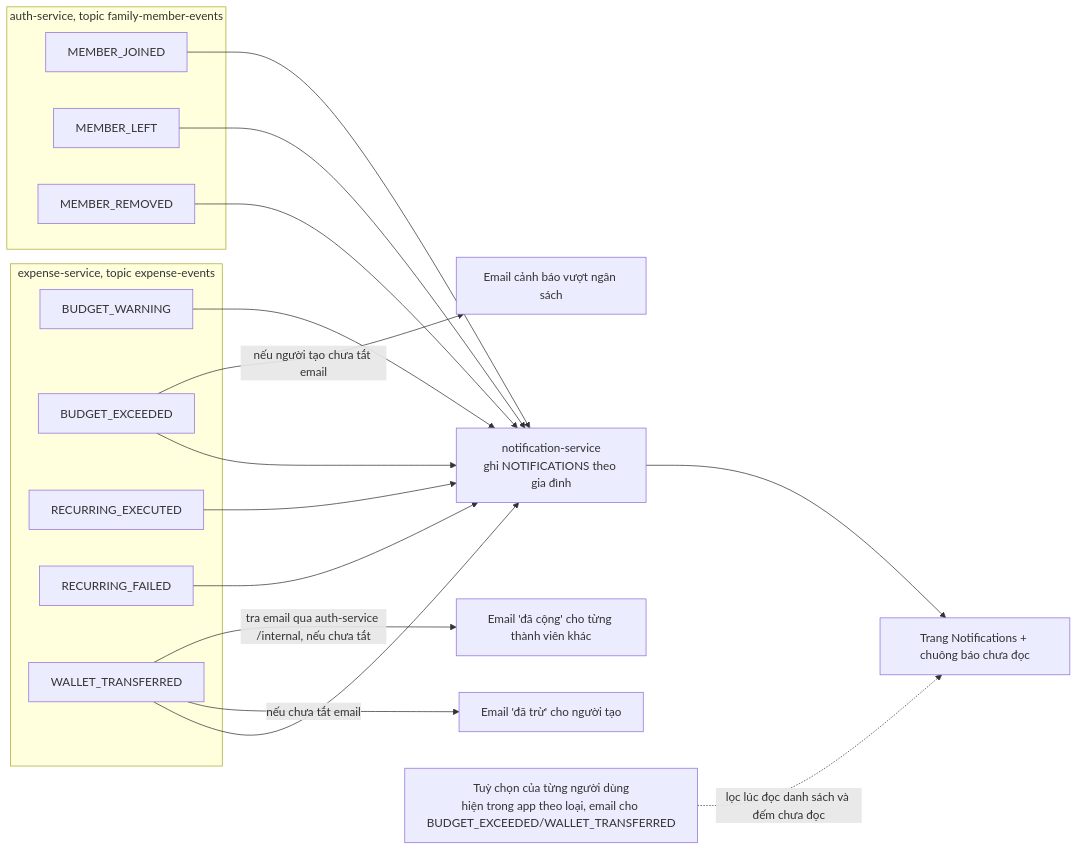
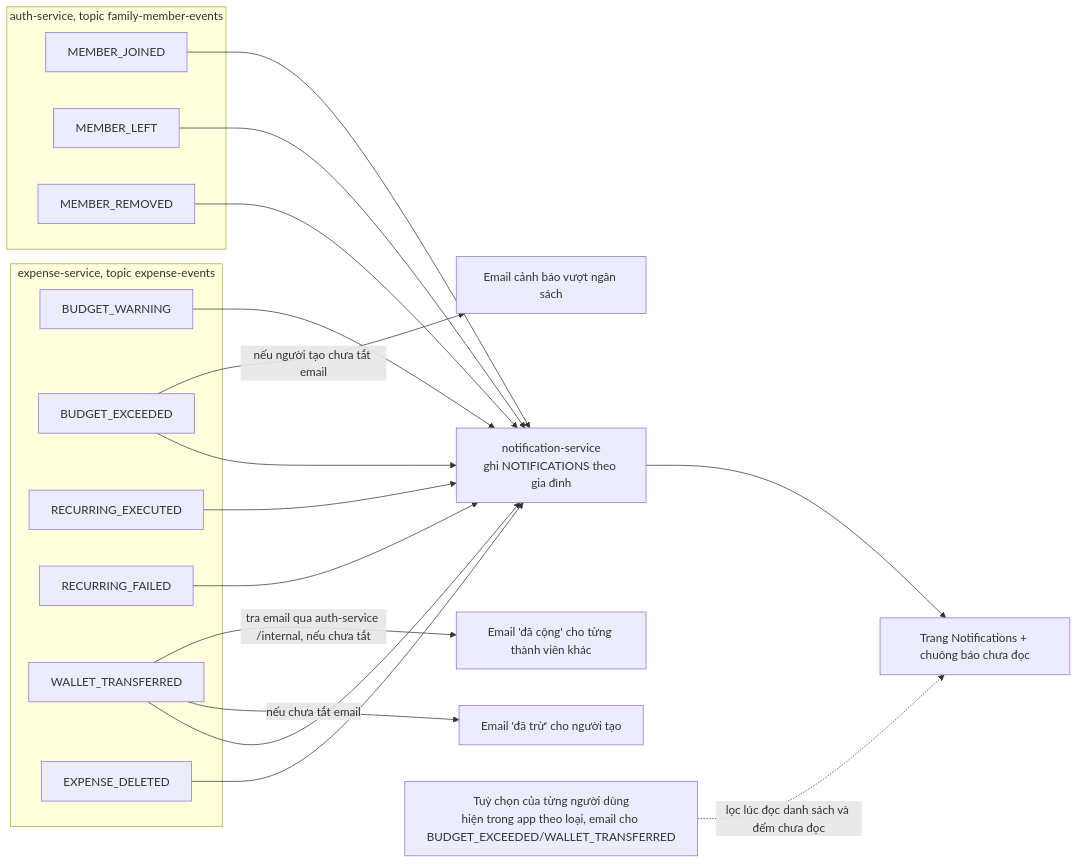
Diagram 28 of 36 in README.md (boyquynhluu/family-expense-manager), drawn with Mermaid before and after one commit. The commit also changed other lines of this file and 46 other files, not shown here.

````diff
--- a/README.md
+++ b/README.md
@@ -853,28 +854,30 @@
 ```mermaid
 flowchart LR
     subgraph EXP["expense-service, topic expense-events"]
         E1["BUDGET_WARNING"]
         E2["BUDGET_EXCEEDED"]
         E3["RECURRING_EXECUTED"]
         E4["RECURRING_FAILED"]
         E5["WALLET_TRANSFERRED"]
+        E6["EXPENSE_DELETED"]
     end
     subgraph AUTHS["auth-service, topic family-member-events"]
         A1["MEMBER_JOINED"]
         A2["MEMBER_LEFT"]
         A3["MEMBER_REMOVED"]
     end
     E1 --> N["notification-service<br/>ghi NOTIFICATIONS theo gia đình"]
     E2 --> N
     E3 --> N
     E4 --> N
     E5 --> N
+    E6 --> N
     A1 --> N
     A2 --> N
     A3 --> N
     E2 -->|"nếu người tạo chưa tắt email"| M["Email cảnh báo vượt ngân sách"]
     E5 -->|"nếu chưa tắt email"| W1["Email 'đã trừ' cho người tạo"]
     E5 -->|"tra email qua auth-service /internal, nếu chưa tắt"| W2["Email 'đã cộng' cho từng thành viên khác"]
     N --> UI["Trang Notifications + chuông báo chưa đọc"]
     P["Tuỳ chọn của từng người dùng<br/>hiện trong app theo loại, email cho BUDGET_EXCEEDED/WALLET_TRANSFERRED"] -.->|"lọc lúc đọc danh sách và đếm chưa đọc"| UI
 ```
````
